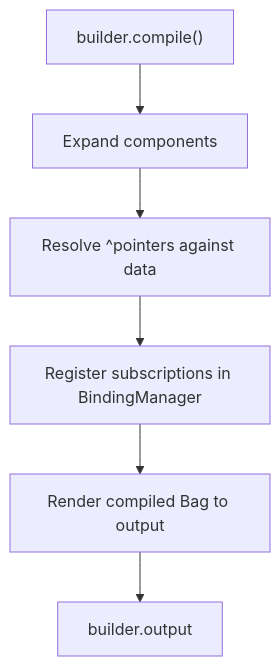
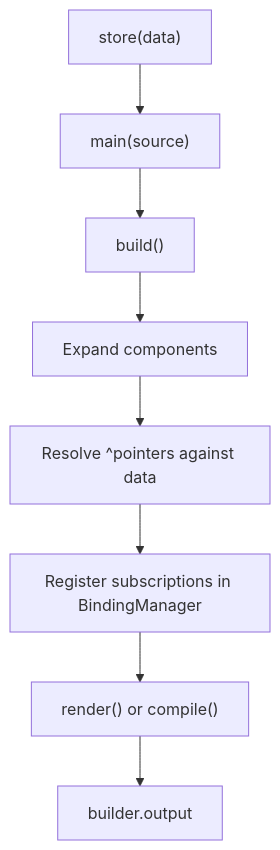
One commit to genropy/genro-builders changed the third of 3 diagrams in docs/builders/architecture.md. Above: the diagram before and after it, drawn with Mermaid. The commit also changed other lines of this file and 14 other files, not shown here.

````diff
--- a/docs/builders/architecture.md
+++ b/docs/builders/architecture.md
@@ -36,8 +36,10 @@
 ```{mermaid}
 flowchart TB
-    A["builder.compile()"] --> B[Expand components]
-    B --> C["Resolve ^pointers against data"]
-    C --> D[Register subscriptions in BindingManager]
-    D --> E["Render compiled Bag to output"]
-    E --> F["builder.output"]
+    A["store(data)"] --> B["main(source)"]
+    B --> C["build()"]
+    C --> D[Expand components]
+    D --> E["Resolve ^pointers against data"]
+    E --> F[Register subscriptions in BindingManager]
+    F --> G["render() or compile()"]
+    G --> H["builder.output"]
 ```
````
